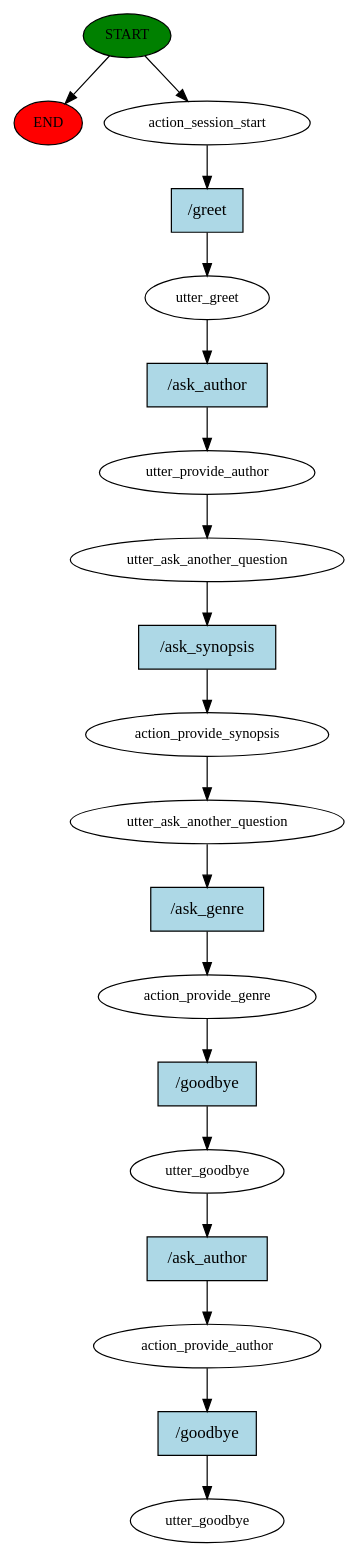
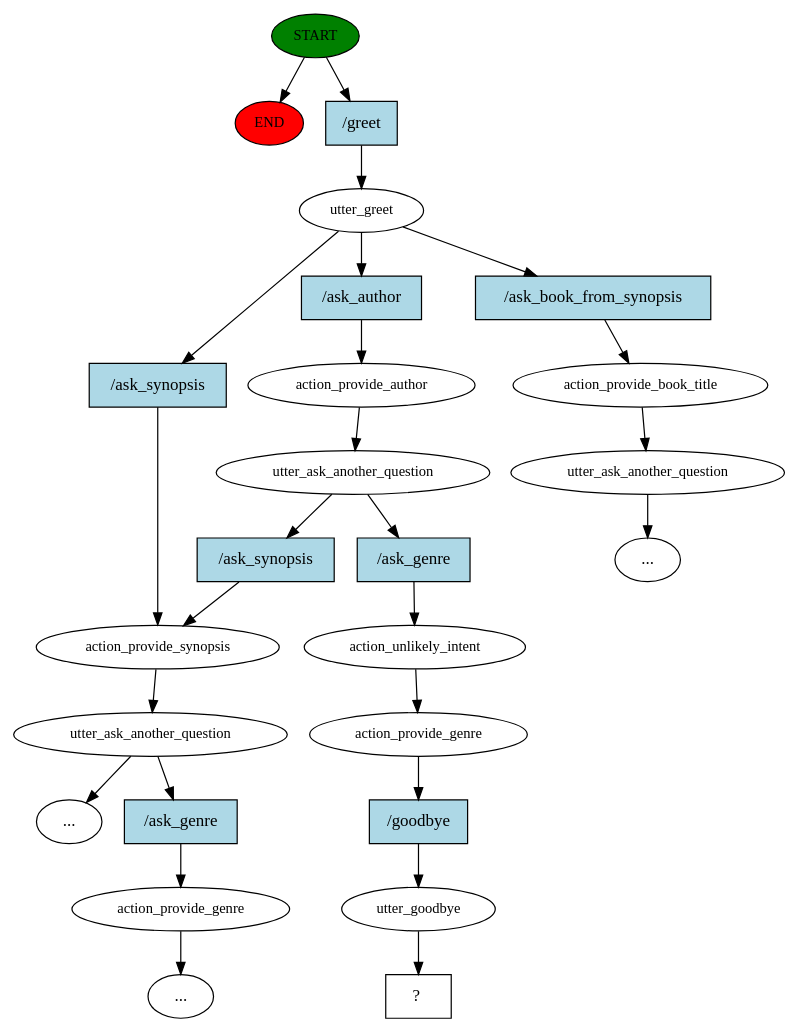
One commit to MichaelKuswanto/Library-Chatbot changed the diagram in story_graph.dot. Above: the diagram before and after it, drawn with Graphviz. The commit also changed 7 other files, not shown here.

```diff
--- a/story_graph.dot
+++ b/story_graph.dot
@@ -1,39 +1,52 @@
 digraph  {
 0 [class="start active", fillcolor=green, fontsize=12, label=START, style=filled];
 "-1" [class=end, fillcolor=red, fontsize=12, label=END, style=filled];
-1 [class=active, fontsize=12, label=action_session_start];
-2 [class=active, fontsize=12, label=utter_greet];
-3 [class=active, fontsize=12, label=utter_provide_author];
-4 [class=active, fontsize=12, label=utter_ask_another_question];
-5 [class=active, fontsize=12, label=action_provide_synopsis];
+1 [class=active, fontsize=12, label=utter_greet];
+2 [class="", fontsize=12, label=action_provide_synopsis];
+3 [class="", fontsize=12, label=utter_ask_another_question];
+5 [class=active, fontsize=12, label=action_provide_author];
 6 [class=active, fontsize=12, label=utter_ask_another_question];
-7 [class=active, fontsize=12, label=action_provide_genre];
-8 [class=active, fontsize=12, label=utter_goodbye];
-9 [class=active, fontsize=12, label=action_provide_author];
-10 [class="dashed active", fontsize=12, label=utter_goodbye];
-11 [class="intent active", fillcolor=lightblue, label="/greet", shape=rect, style=filled];
-12 [class="intent active", fillcolor=lightblue, label="/ask_author", shape=rect, style=filled];
-13 [class="intent active", fillcolor=lightblue, label="/ask_synopsis", shape=rect, style=filled];
-14 [class="intent active", fillcolor=lightblue, label="/ask_genre", shape=rect, style=filled];
-15 [class="intent active", fillcolor=lightblue, label="/goodbye", shape=rect, style=filled];
-16 [class="intent active", fillcolor=lightblue, label="/ask_author", shape=rect, style=filled];
-17 [class="intent active", fillcolor=lightblue, label="/goodbye", shape=rect, style=filled];
+9 [class="", fontsize=12, label=action_provide_genre];
+"-4" [class=ellipsis, label="..."];
+"-5" [class=ellipsis, label="..."];
+14 [class="", fontsize=12, label=action_provide_book_title];
+15 [class="", fontsize=12, label=utter_ask_another_question];
+"-6" [class=ellipsis, label="..."];
+19 [class=active, fontsize=12, label=action_unlikely_intent];
+20 [class=active, fontsize=12, label=action_provide_genre];
+21 [class=active, fontsize=12, label=utter_goodbye];
+22 [class="intent dashed active", label="  ?  ", shape=rect];
+23 [class="intent active", fillcolor=lightblue, label="/greet", shape=rect, style=filled];
+24 [class=intent, fillcolor=lightblue, label="/ask_synopsis", shape=rect, style=filled];
+25 [class="intent active", fillcolor=lightblue, label="/ask_author", shape=rect, style=filled];
+26 [class=intent, fillcolor=lightblue, label="/ask_book_from_synopsis", shape=rect, style=filled];
+27 [class=intent, fillcolor=lightblue, label="/ask_genre", shape=rect, style=filled];
+28 [class=intent, fillcolor=lightblue, label="/ask_synopsis", shape=rect, style=filled];
+29 [class="intent active", fillcolor=lightblue, label="/ask_genre", shape=rect, style=filled];
+30 [class="intent active", fillcolor=lightblue, label="/goodbye", shape=rect, style=filled];
 0 -> "-1"  [class="", key=NONE, label=""];
-0 -> 1  [class=active, key=NONE, label=""];
-1 -> 11  [class=active, key=0];
-2 -> 12  [class=active, key=0];
-3 -> 4  [class=active, key=NONE, label=""];
-4 -> 13  [class=active, key=0];
+0 -> 23  [class=active, key=0];
+1 -> 24  [class="", key=0];
+1 -> 25  [class=active, key=0];
+1 -> 26  [class="", key=0];
+2 -> 3  [class="", key=NONE, label=""];
+3 -> "-5"  [class="", key=NONE, label=""];
+3 -> 27  [class="", key=0];
 5 -> 6  [class=active, key=NONE, label=""];
-6 -> 14  [class=active, key=0];
-7 -> 15  [class=active, key=0];
-8 -> 16  [class=active, key=0];
-9 -> 17  [class=active, key=0];
-11 -> 2  [class=active, key=0];
-12 -> 3  [class=active, key=0];
-13 -> 5  [class=active, key=0];
-14 -> 7  [class=active, key=0];
-15 -> 8  [class=active, key=0];
-16 -> 9  [class=active, key=0];
-17 -> 10  [class=active, key=0];
+6 -> 28  [class="", key=0];
+6 -> 29  [class=active, key=0];
+9 -> "-4"  [class="", key=NONE, label=""];
+14 -> 15  [class="", key=NONE, label=""];
+15 -> "-6"  [class="", key=NONE, label=""];
+19 -> 20  [class=active, key=NONE, label=""];
+20 -> 30  [class=active, key=0];
+21 -> 22  [class=active, key=NONE, label=""];
+23 -> 1  [class=active, key=0];
+24 -> 2  [class="", key=0];
+25 -> 5  [class=active, key=0];
+26 -> 14  [class="", key=0];
+27 -> 9  [class="", key=0];
+28 -> 2  [class="", key=0];
+29 -> 19  [class=active, key=0];
+30 -> 21  [class=active, key=0];
 }
```
